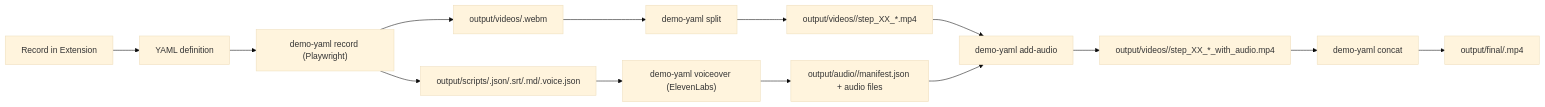
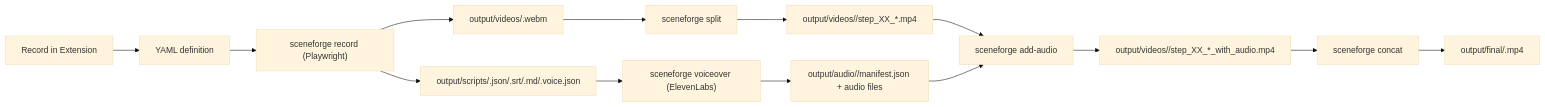
Before and after one commit to jhandel/sceneforge: the second of 2 diagrams in README.md, drawn with Mermaid (base theme). The commit also changed other lines of this file and 79 other files, not shown here.

````diff
--- a/README.md
+++ b/README.md
@@ -30,16 +33,16 @@
 ```mermaid
 flowchart LR
   A["Record in Extension"] --> B["YAML definition"]
-  B --> C["demo-yaml record (Playwright)"]
+  B --> C["sceneforge record (Playwright)"]
   C --> D["output/videos/<demo>.webm"]
   C --> E["output/scripts/<demo>.json/.srt/.md/.voice.json"]
-  D --> F["demo-yaml split"]
+  D --> F["sceneforge split"]
   F --> G["output/videos/<demo>/step_XX_*.mp4"]
-  E --> H["demo-yaml voiceover (ElevenLabs)"]
+  E --> H["sceneforge voiceover (ElevenLabs)"]
   H --> I["output/audio/<demo>/manifest.json + audio files"]
-  G --> J["demo-yaml add-audio"]
+  G --> J["sceneforge add-audio"]
   I --> J
   J --> K["output/videos/<demo>/step_XX_*_with_audio.mp4"]
-  K --> L["demo-yaml concat"]
+  K --> L["sceneforge concat"]
   L --> M["output/final/<demo>.mp4"]
 ```
````
